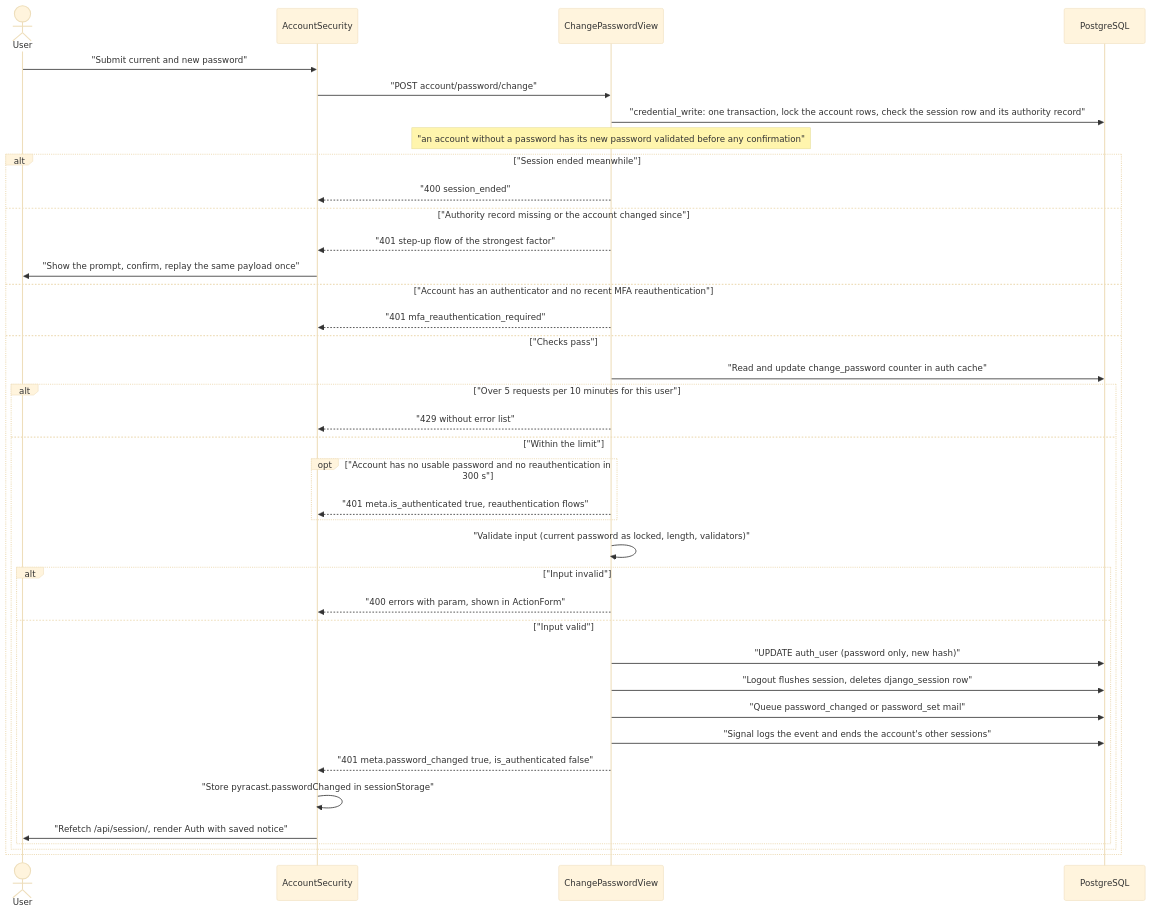
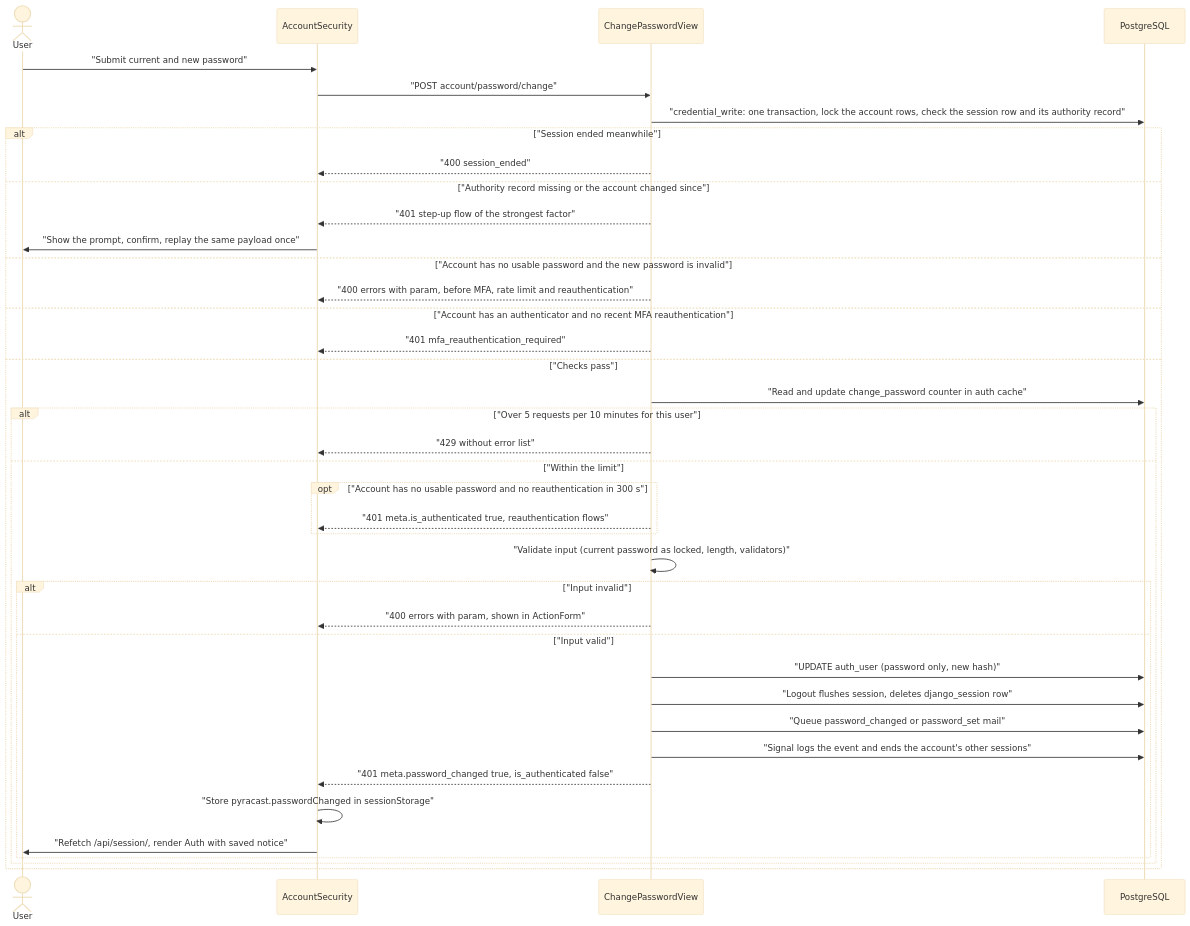
Before and after one commit to erkurtharun/pyracast: the diagram in docs/flows/password-change.md, drawn with Mermaid (base theme). The commit also changed other lines of this file and 30 other files, not shown here.

First line of the commit message:
Correct the flow pages where a review found them stating what the code does not do

````diff
--- a/docs/flows/password-change.md
+++ b/docs/flows/password-change.md
@@ -14,40 +14,41 @@
 ```mermaid
 sequenceDiagram
     actor U as User
     participant S as AccountSecurity
     participant V as ChangePasswordView
     participant DB as PostgreSQL
     U->>S: "Submit current and new password"
     S->>V: "POST account/password/change"
     V->>DB: "credential_write: one transaction, lock the account rows, check the session row and its authority record"
-    Note over V: "an account without a password has its new password validated before any confirmation"
     alt "Session ended meanwhile"
         V-->>S: "400 session_ended"
     else "Authority record missing or the account changed since"
         V-->>S: "401 step-up flow of the strongest factor"
         S->>U: "Show the prompt, confirm, replay the same payload once"
+    else "Account has no usable password and the new password is invalid"
+        V-->>S: "400 errors with param, before MFA, rate limit and reauthentication"
     else "Account has an authenticator and no recent MFA reauthentication"
         V-->>S: "401 mfa_reauthentication_required"
     else "Checks pass"
         V->>DB: "Read and update change_password counter in auth cache"
         alt "Over 5 requests per 10 minutes for this user"
             V-->>S: "429 without error list"
         else "Within the limit"
             opt "Account has no usable password and no reauthentication in 300 s"
                 V-->>S: "401 meta.is_authenticated true, reauthentication flows"
             end
             V->>V: "Validate input (current password as locked, length, validators)"
             alt "Input invalid"
                 V-->>S: "400 errors with param, shown in ActionForm"
             else "Input valid"
                 V->>DB: "UPDATE auth_user (password only, new hash)"
                 V->>DB: "Logout flushes session, deletes django_session row"
                 V->>DB: "Queue password_changed or password_set mail"
                 V->>DB: "Signal logs the event and ends the account's other sessions"
                 V-->>S: "401 meta.password_changed true, is_authenticated false"
                 S->>S: "Store pyracast.passwordChanged in sessionStorage"
                 S->>U: "Refetch /api/session/, render Auth with saved notice"
             end
         end
     end
 ```
````
